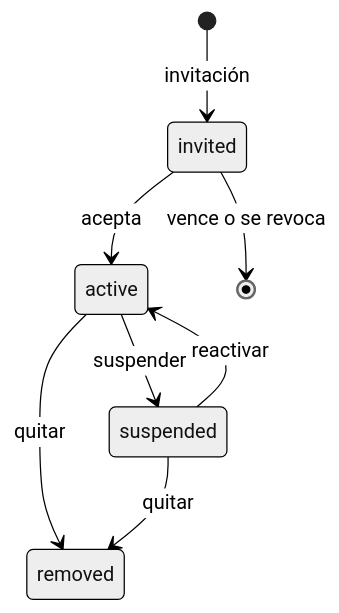
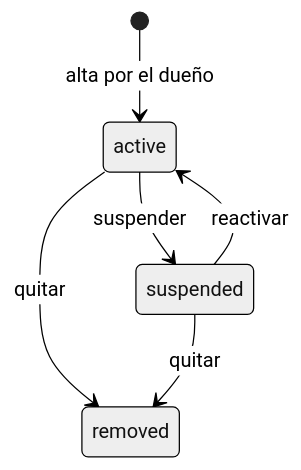
Before and after one commit to SOLUTI0N-TECH/cumavi-pos: the diagram in docs/modulos/usuarios.md, drawn with Mermaid (neutral theme). The commit also changed other lines of this file and 11 other files, not shown here.

````diff
--- a/docs/modulos/usuarios.md
+++ b/docs/modulos/usuarios.md
@@ -56,10 +68,8 @@
 ```mermaid
 stateDiagram-v2
-  [*] --> invited : invitación
-  invited --> active : acepta
-  invited --> [*] : vence o se revoca
+  [*] --> active : alta por el dueño
   active --> suspended : suspender
   suspended --> active : reactivar
   active --> removed : quitar
   suspended --> removed : quitar
 ```
````
